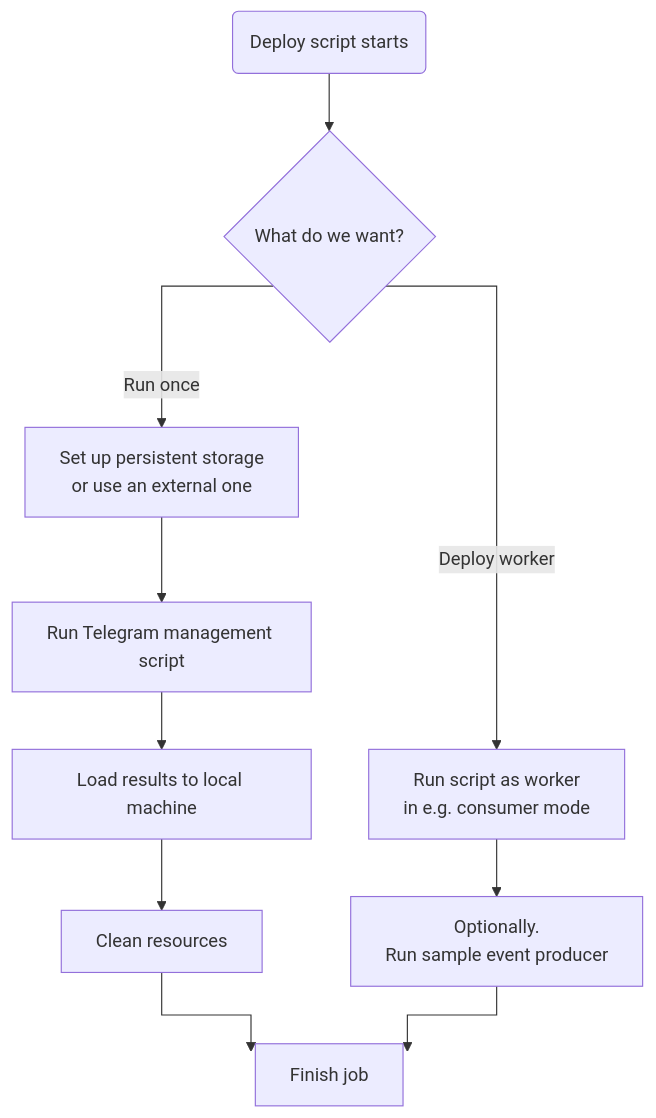
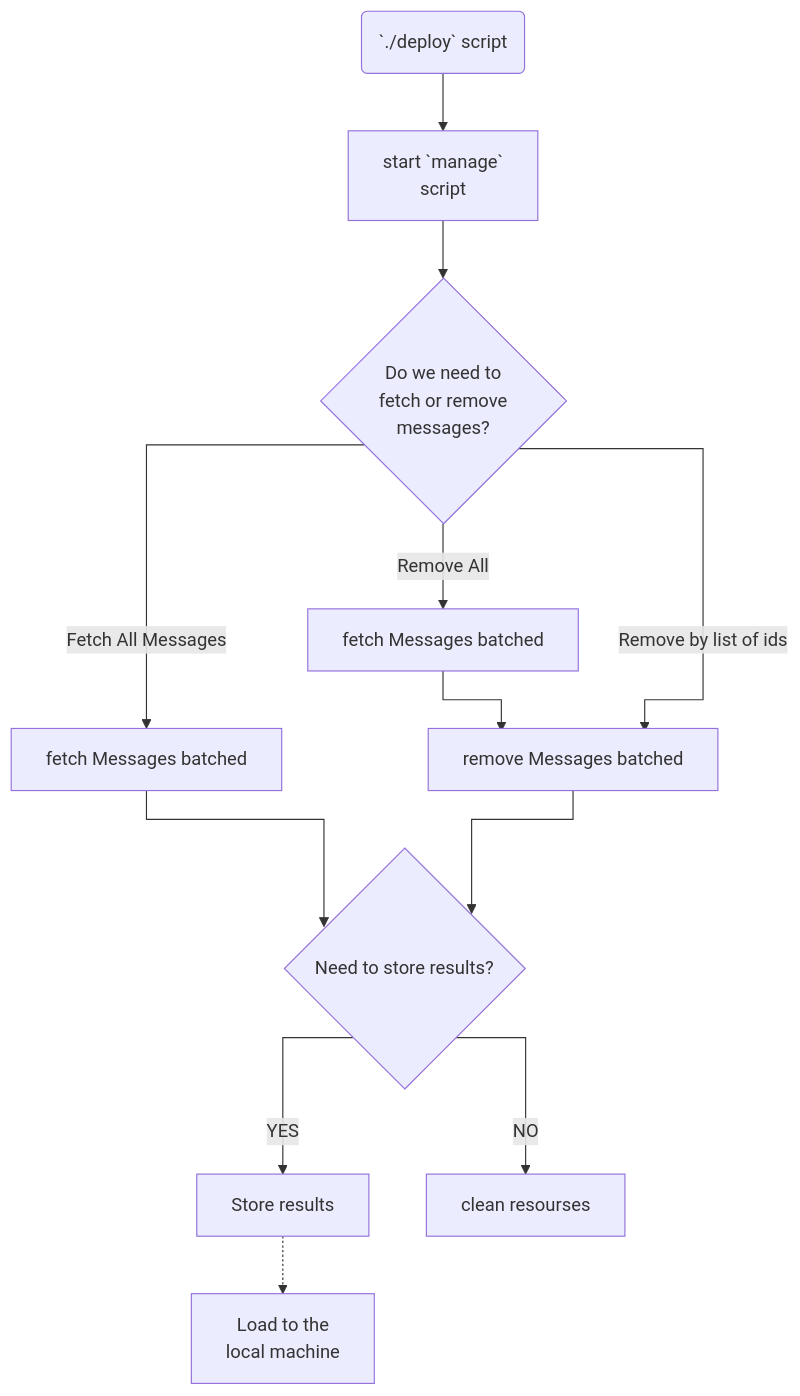
One commit to noasck/python-tg-script changed the diagram in README.md. Above: the diagram before and after it, drawn with Mermaid. The commit also changed other lines of this file and 3 other files, not shown here.

````diff
--- a/README.md
+++ b/README.md
@@ -62,18 +69,19 @@
 ``` mermaid
 %%{ init: { 'flowchart': { 'curve': 'stepAfter' } } }%%
 flowchart TD
-    start(Deploy script starts)
-    command{What do we want?}
-    create_storage[Set up persistent storage \n or use an external one]
-    run_job[Run Telegram management script]
-    fetch_results[Load results to local machine]
-    run_job_as_worker[Run script as worker \n in e.g. consumer mode]
-    run_sample_client[Optionally.\n Run sample event producer]
+    start(`./deploy` script)
+    ctor[start `manage`\n script]
+    fetch[fetch Messages batched]
+    fetch2[fetch Messages batched]
+    pers{Need to store results?}
+    pers_proc[Store results]
+    load[Load to the \n local machine]
+    clean[clean resourses]
+    rem[remove Messages batched]
+    fetch_or_remove{Do we need to \n fetch or remove \nmessages?}
 
-    clean[Clean resources]
-    finish[Finish job]
-
-    start --> command
-    command --> |Run once| create_storage --> run_job --> fetch_results --> clean --> finish
-    command --> |Deploy worker| run_job_as_worker --> run_sample_client --> finish
+    start --> ctor --> fetch_or_remove --> |Fetch All Messages| fetch --> pers --> |YES| pers_proc -.-> load
+    fetch_or_remove --> |Remove All| fetch2 --> rem --> pers 
+    fetch_or_remove --> |Remove by list of ids| rem
+    pers --> |NO| clean 
 ```
````
